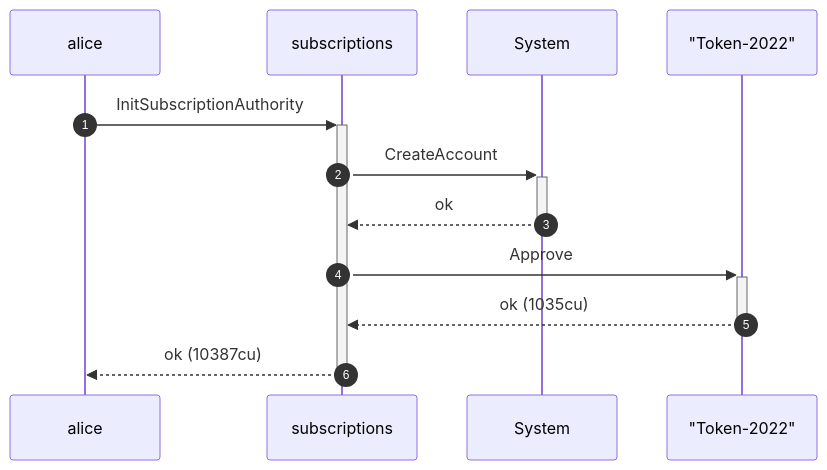
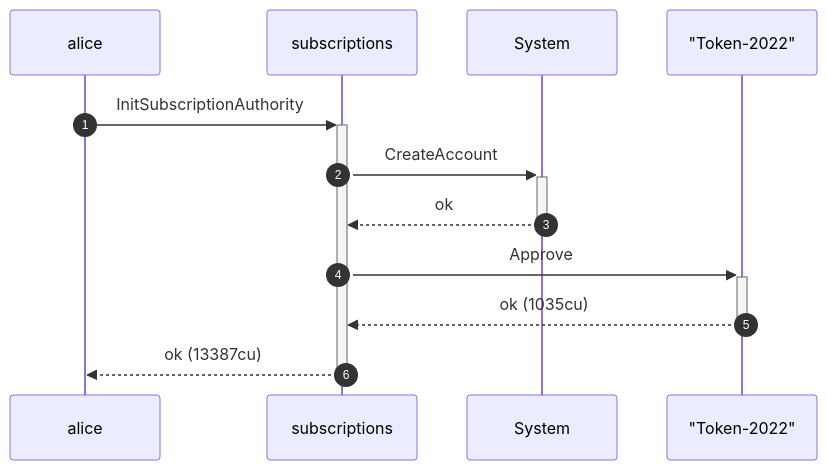
The second of 4 diagrams in dsl_tests/initialize-over-a-token-2022-mint---mintcloseauthority--.md (cds-rs/subscriptions), drawn with Mermaid before and after one commit. The commit also changed other lines of this file and 224 other files, not shown here.

````diff
--- a/dsl_tests/initialize-over-a-token-2022-mint---mintcloseauthority--.md
+++ b/dsl_tests/initialize-over-a-token-2022-mint---mintcloseauthority--.md
@@ -38,14 +39,14 @@
 ```mermaid
 sequenceDiagram
     autonumber
     participant alice
     participant subscriptions
     participant System
     participant Token_2022 as "Token-2022"
     alice ->>+ subscriptions: InitSubscriptionAuthority
     subscriptions ->>+ System: CreateAccount
     System -->>- subscriptions: ok
     subscriptions ->>+ Token_2022: Approve
     Token_2022 -->>- subscriptions: ok (1035cu)
-    subscriptions -->>- alice: ok (10387cu)
+    subscriptions -->>- alice: ok (13387cu)
 ```
````
